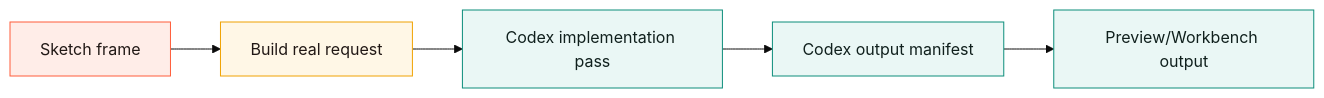
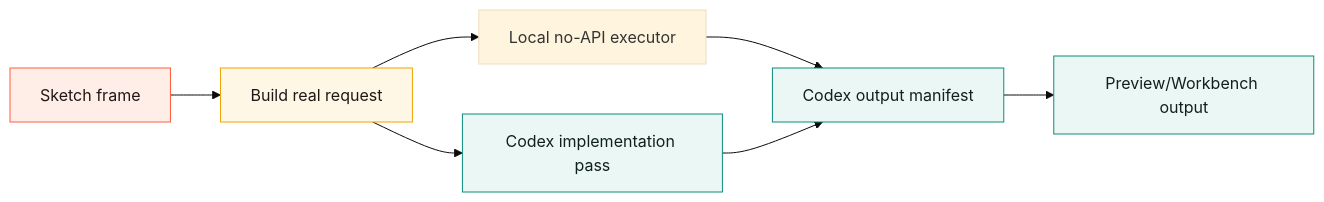
One commit to varshneydevansh/Canvax changed the seventh of 11 diagrams in docs/FEATURES.md. Above: the diagram before and after it, drawn with Mermaid (base theme). The commit also changed other lines of this file and 10 other files, not shown here.

````diff
--- a/docs/FEATURES.md
+++ b/docs/FEATURES.md
@@ -657,14 +660,16 @@
 ```mermaid
 flowchart LR
     S[Sketch frame] --> R[Build real request]
+    R --> L[Local no-API executor]
+    L --> M[Codex output manifest]
     R --> C[Codex implementation pass]
-    C --> M[Codex output manifest]
+    C --> M
     M --> P[Preview/Workbench output]
 
     classDef sketch fill:#ffede8,stroke:#ff5d3a,color:#211815;
     classDef request fill:#fff7e6,stroke:#f0a202,color:#211815;
     classDef output fill:#eaf7f5,stroke:#0c8d7b,color:#10201d;
     class S sketch;
     class R request;
     class C,M,P output;
 ```
````
